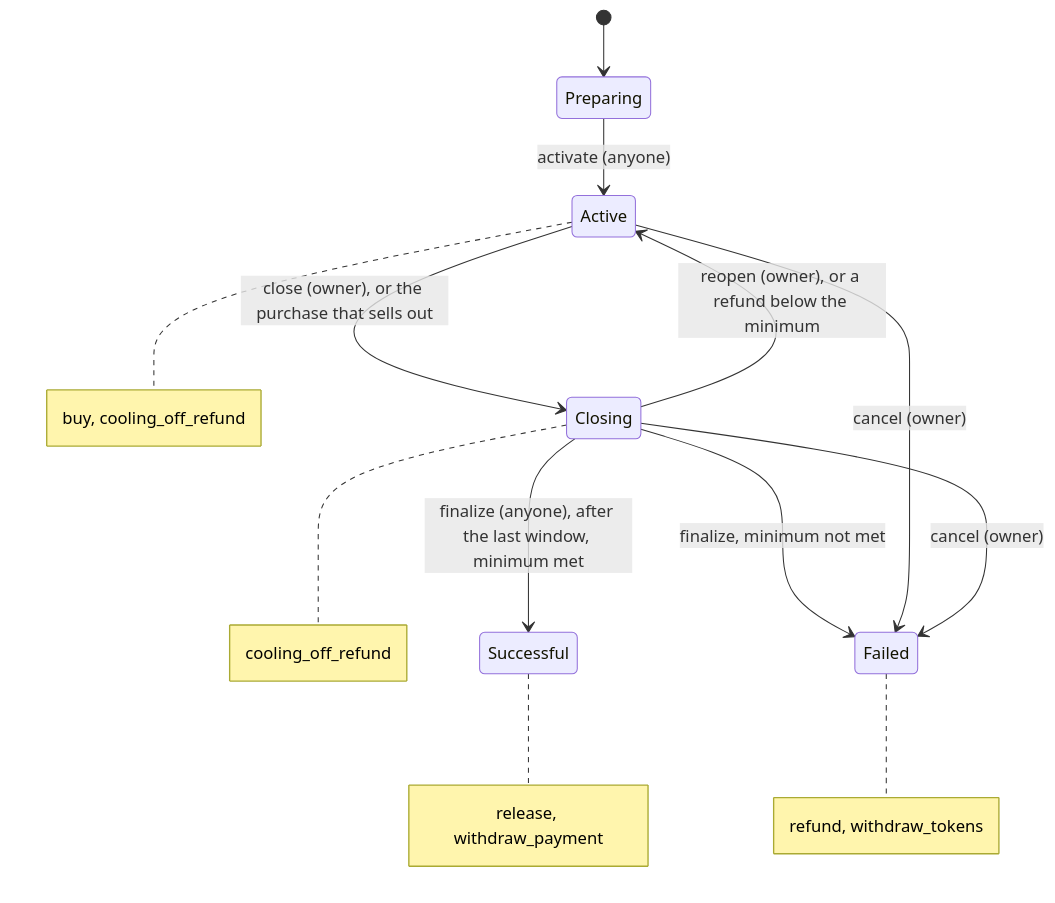
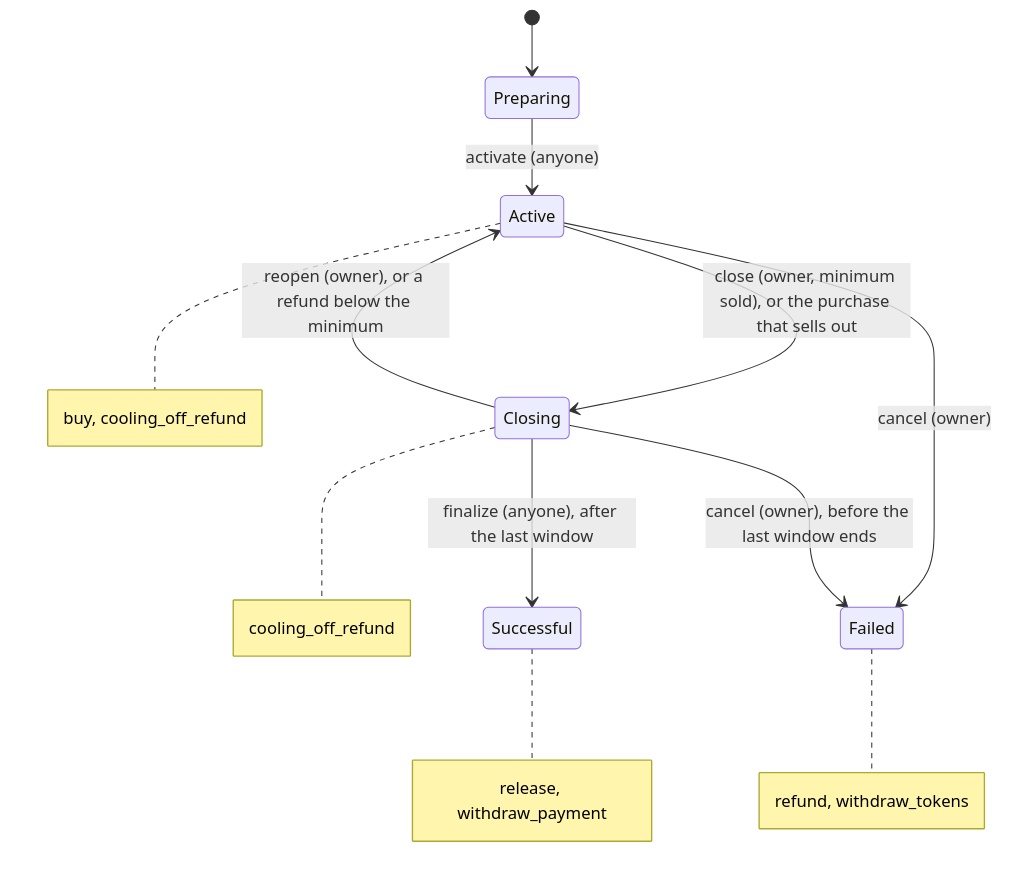
The diagram in docs/offer-sale.md (BWB-Labs/bwb-stellar), drawn with Mermaid before and after one commit. The commit also changed other lines of this file and 26 other files, not shown here.

````diff
--- a/docs/offer-sale.md
+++ b/docs/offer-sale.md
@@ -12,15 +12,14 @@
 ```mermaid
 stateDiagram-v2
   [*] --> Preparing
   Preparing --> Active: activate (anyone)
-  Active --> Closing: close (owner), or the purchase that sells out
+  Active --> Closing: close (owner, minimum sold), or the purchase that sells out
   Closing --> Active: reopen (owner), or a refund below the minimum
-  Closing --> Successful: finalize (anyone), after the last window, minimum met
-  Closing --> Failed: finalize, minimum not met
+  Closing --> Successful: finalize (anyone), after the last window
   Active --> Failed: cancel (owner)
-  Closing --> Failed: cancel (owner)
+  Closing --> Failed: cancel (owner), before the last window ends
   note right of Active : buy, cooling_off_refund
   note right of Closing : cooling_off_refund
   note right of Successful : release, withdraw_payment
   note right of Failed : refund, withdraw_tokens
 ```
````
